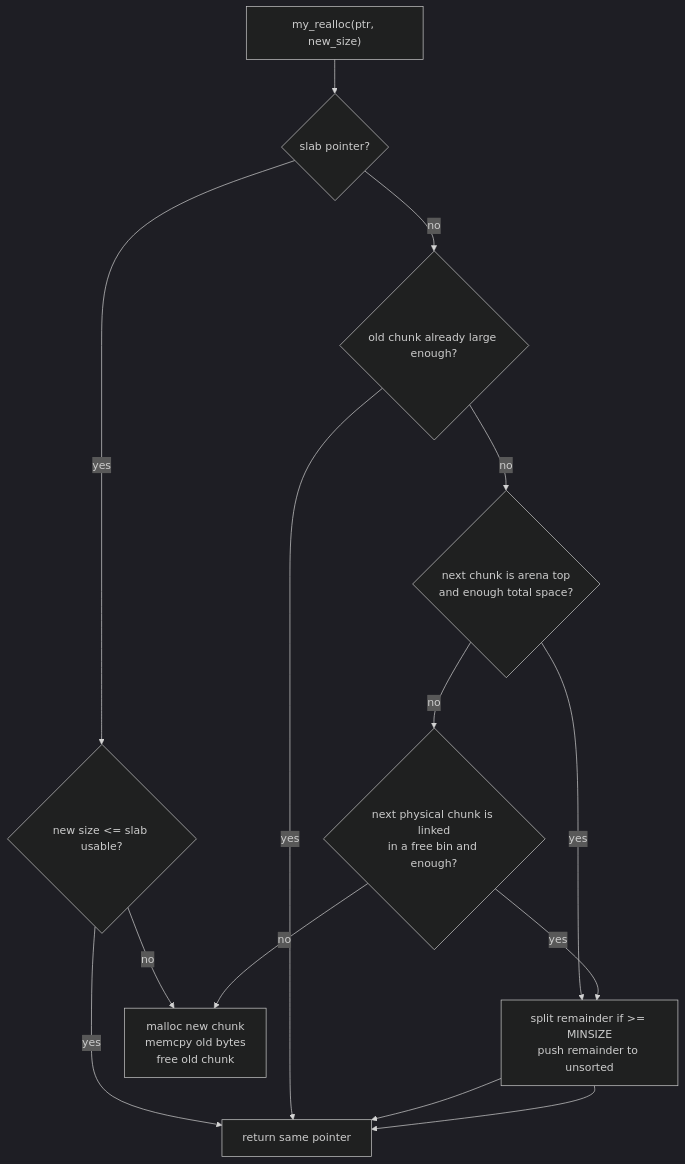
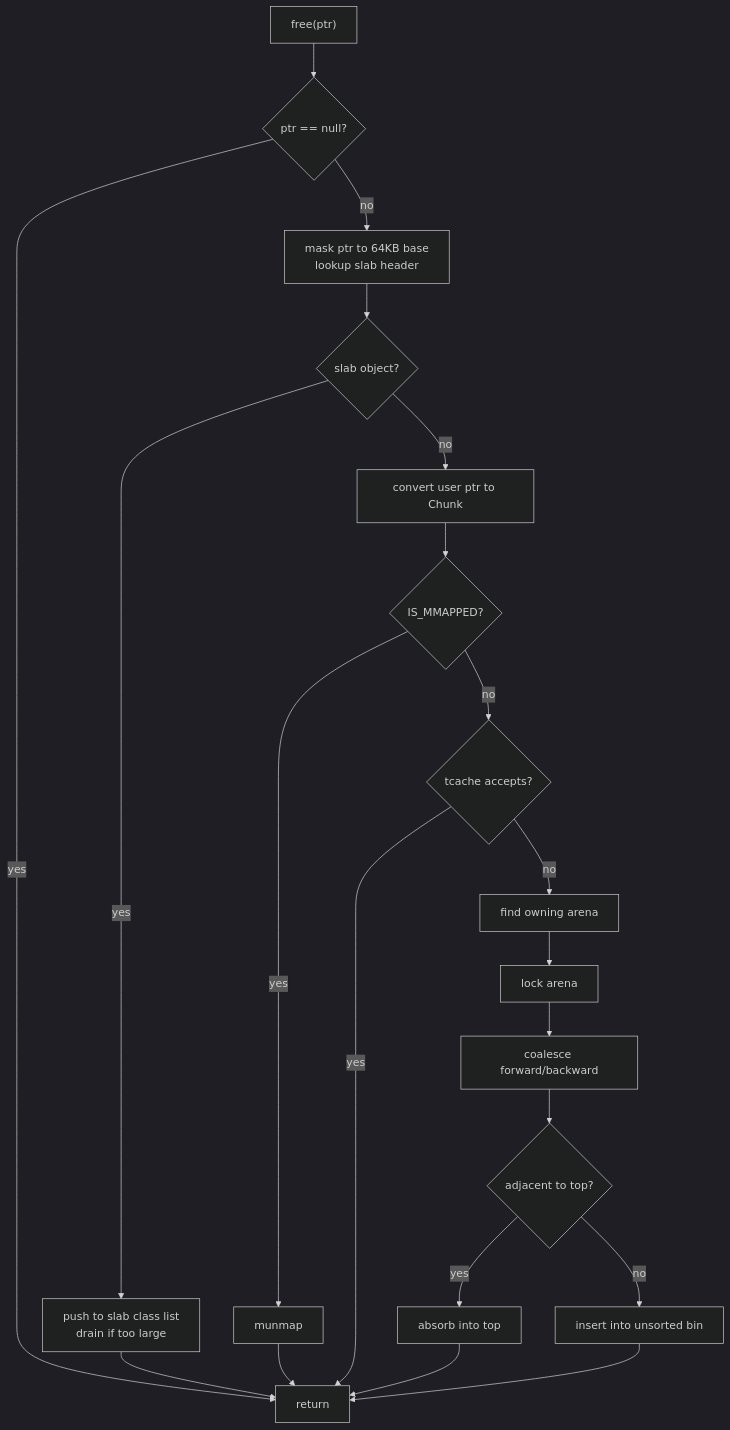
One commit to sdsasf/my_malloc changed the fifth of 5 diagrams in docs/allocator_design.md. Above: the diagram before and after it, drawn with Mermaid (dark theme). The commit also changed other lines of this file and 10 other files, not shown here.

````diff
--- a/docs/allocator_design.md
+++ b/docs/allocator_design.md
@@ -417,24 +259,28 @@
 ```mermaid
 flowchart TD
-    Start["my_realloc(ptr, new_size)"]
-    Slab{"slab pointer?"}
-    SlabEnough{"new size <= slab usable?"}
-    Same{"old chunk already large enough?"}
-    Top{"next chunk is arena top<br/>and enough total space?"}
-    NextFree{"next physical chunk is linked<br/>in a free bin and enough?"}
-    Split["split remainder if >= MINSIZE<br/>push remainder to unsorted"]
-    InPlace["return same pointer"]
-    Fallback["malloc new chunk<br/>memcpy old bytes<br/>free old chunk"]
+    Free["free(ptr)"]
+    Null{"ptr == null?"}
+    SlabLookup["mask ptr to 64KB base<br/>lookup slab header"]
+    IsSlab{"slab object?"}
+    SlabFree["push to slab class list<br/>drain if too large"]
+    Chunk["convert user ptr to Chunk"]
+    Mmap{"IS_MMAPPED?"}
+    Tcache{"tcache accepts?"}
+    Arena["find owning arena"]
+    Lock["lock arena"]
+    Consolidate["coalesce forward/backward"]
+    Top{"adjacent to top?"}
+    Unsorted["insert into unsorted bin"]
 
-    Start --> Slab
-    Slab -- yes --> SlabEnough
-    SlabEnough -- yes --> InPlace
-    SlabEnough -- no --> Fallback
-    Slab -- no --> Same
-    Same -- yes --> InPlace
-    Same -- no --> Top
-    Top -- yes --> Split --> InPlace
-    Top -- no --> NextFree
-    NextFree -- yes --> Split --> InPlace
-    NextFree -- no --> Fallback
+    Free --> Null
+    Null -- yes --> Done["return"]
+    Null -- no --> SlabLookup --> IsSlab
+    IsSlab -- yes --> SlabFree --> Done
+    IsSlab -- no --> Chunk --> Mmap
+    Mmap -- yes --> Munmap["munmap"] --> Done
+    Mmap -- no --> Tcache
+    Tcache -- yes --> Done
+    Tcache -- no --> Arena --> Lock --> Consolidate --> Top
+    Top -- yes --> MergeTop["absorb into top"] --> Done
+    Top -- no --> Unsorted --> Done
 ```
````
